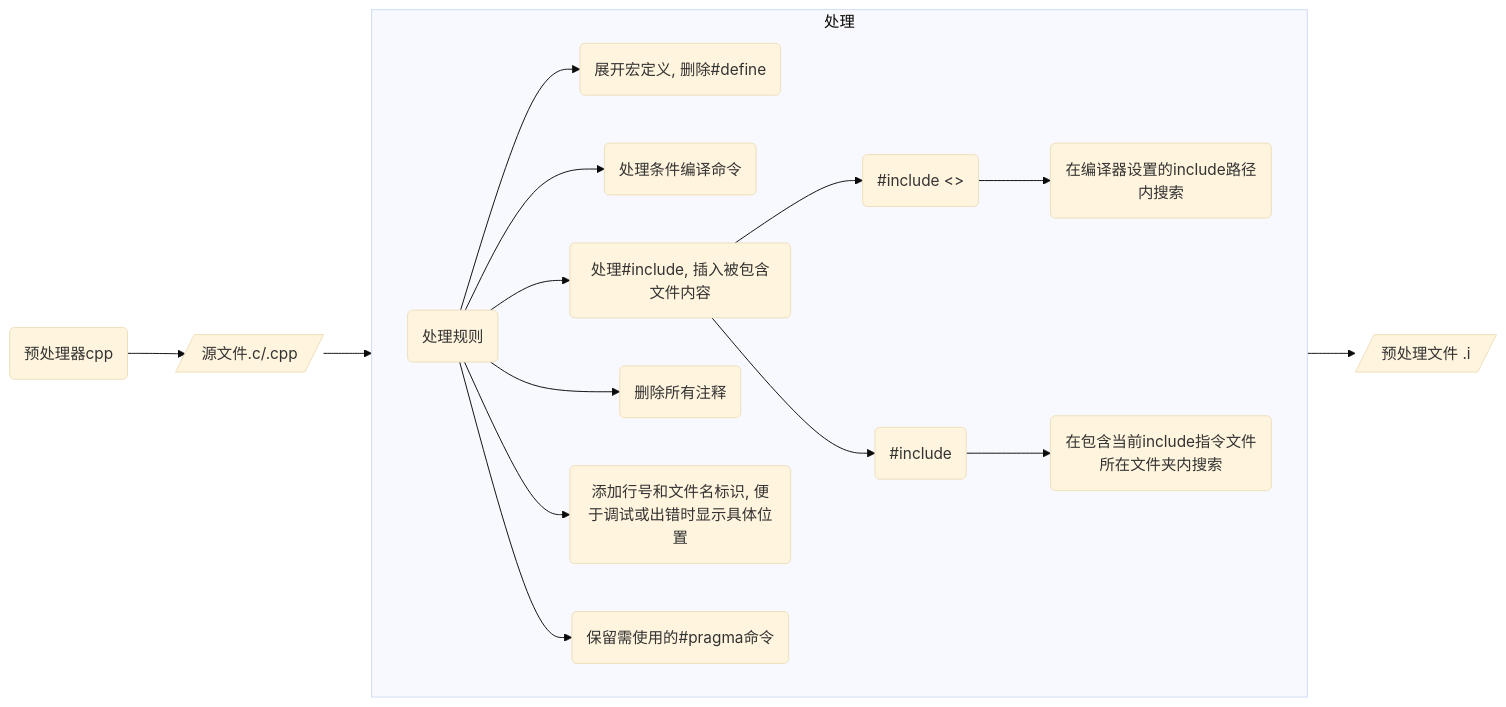
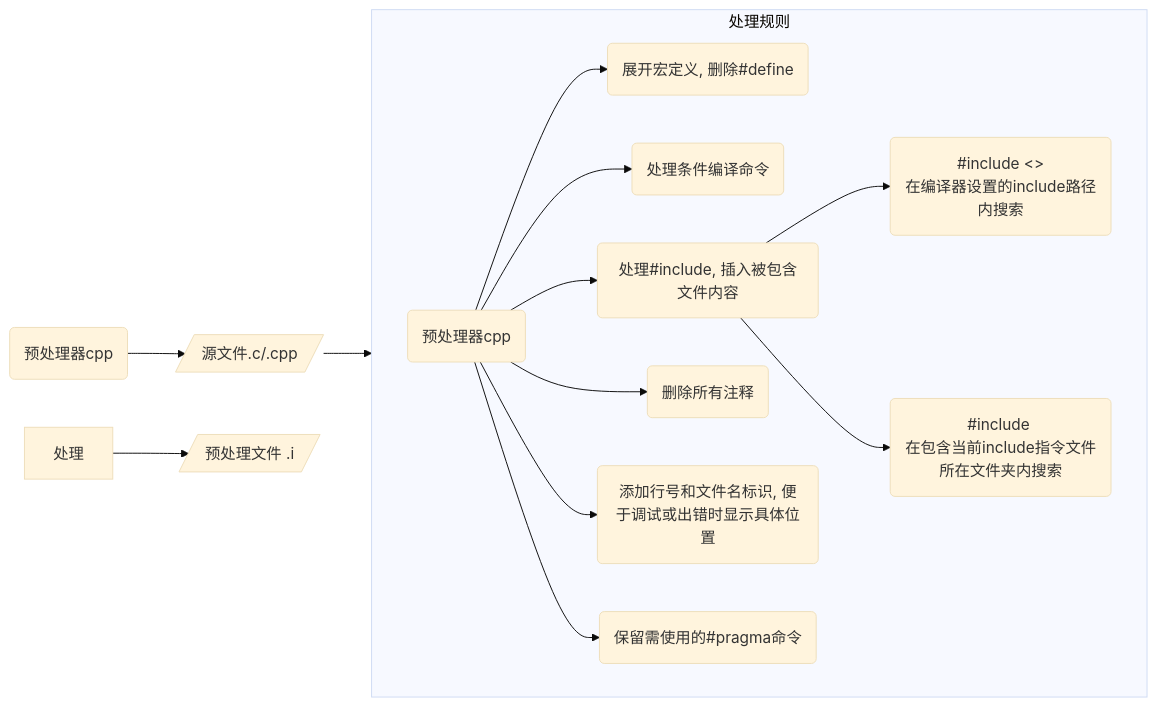
One commit to dmjcb/dmjcb.github.io changed the second of 5 diagrams in _posts/Language/C&C++/Compile/2021-06-15-编译过程.md. Above: the diagram before and after it, drawn with Mermaid (base theme). The commit also changed other lines of this file and 38 other files, not shown here.

````diff
--- a/_posts/Language/C&C++/Compile/2021-06-15-编译过程.md
+++ b/_posts/Language/C&C++/Compile/2021-06-15-编译过程.md
@@ -33,24 +35,24 @@
 ```mermaid
 graph LR;
     X(预处理器cpp)
 
     P[/源文件.c/.cpp/]
 
     I[/预处理文件 .i/]
 
-    subgraph 处理
+    subgraph 处理规则
         direction LR
-        A(处理规则)
+        A(预处理器cpp)
             A --> B(展开宏定义, 删除#define)
             A --> C(处理条件编译命令)
             A --> D(处理#include, 插入被包含文件内容)
-                D --> D1(#include <>) --> D11(在编译器设置的include路径内搜索)
-                D --> D2(#include "") --> D21(在包含当前include指令文件所在文件夹内搜索)
+                D --> D1(#include <><br>在编译器设置的include路径内搜索)
+                D --> D2(#include ""<br>在包含当前include指令文件所在文件夹内搜索)
             A --> E(删除所有注释)
             A --> F(添加行号和文件名标识, 便于调试或出错时显示具体位置)
             A --> G(保留需使用的#pragma命令)
     end
 
     X --> P --> A 
     处理 --> I
 ```
````
